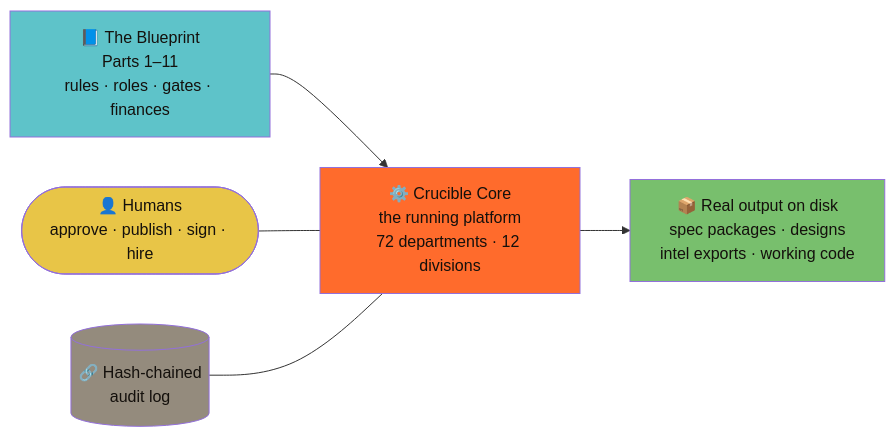
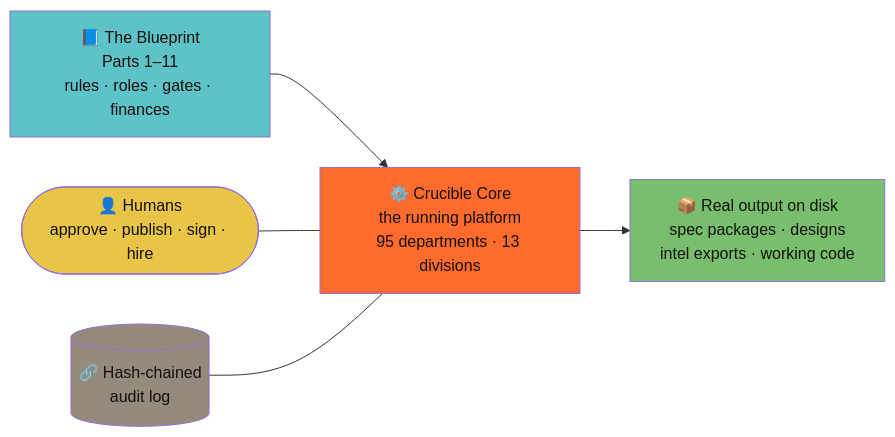
The diagram in README.md (itzzexe/ALPHACORE), drawn with Mermaid before and after one commit. The commit also changed other lines of this file and 109 other files, not shown here.

````diff
--- a/README.md
+++ b/README.md
@@ -9,12 +9,12 @@
 ```mermaid
 flowchart LR
-  BP["📘 The Blueprint<br/>Parts 1–11<br/>rules · roles · gates · finances"] --> CORE["⚙️ Crucible Core<br/>the running platform<br/>72 departments · 12 divisions"]
+  BP["📘 The Blueprint<br/>Parts 1–11<br/>rules · roles · gates · finances"] --> CORE["⚙️ Crucible Core<br/>the running platform<br/>95 departments · 13 divisions"]
   CORE --> OUT["📦 Real output on disk<br/>spec packages · designs<br/>intel exports · working code"]
   HUM(["👤 Humans<br/>approve · publish · sign · hire"]) --- CORE
   AUD[("🔗 Hash-chained<br/>audit log")] --- CORE
   style BP fill:#5ec3c9,color:#14100c
   style CORE fill:#ff6b2c,color:#14100c
   style OUT fill:#78bf6d,color:#14100c
   style HUM fill:#e8c547,color:#14100c
   style AUD fill:#948b7d,color:#14100c
 ```
````
